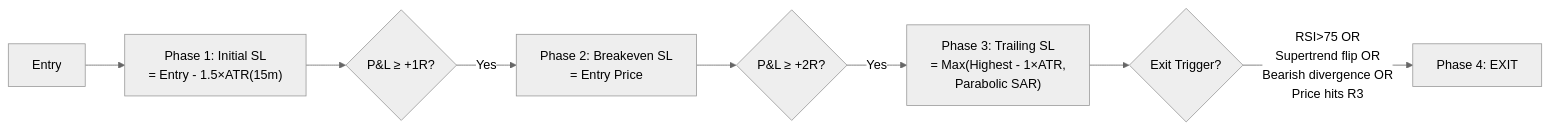
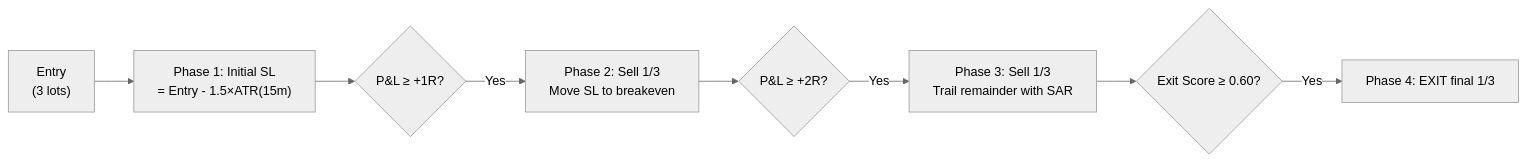
Before and after one commit to DipramitPal/tradesignal-lens: the fourth of 4 diagrams in README.md, drawn with Mermaid (neutral theme). The commit also changed other lines of this file and 3 other files, not shown here.

````diff
--- a/README.md
+++ b/README.md
@@ -407,10 +436,10 @@
 ```mermaid
 graph LR
-    A["Entry"] --> B["Phase 1: Initial SL<br/>= Entry - 1.5×ATR(15m)"]
+    A["Entry<br/>(3 lots)"] --> B["Phase 1: Initial SL<br/>= Entry - 1.5×ATR(15m)"]
     B --> C{"P&L ≥ +1R?"}
-    C -->|Yes| D["Phase 2: Breakeven SL<br/>= Entry Price"]
+    C -->|Yes| D["Phase 2: Sell 1/3<br/>Move SL to breakeven"]
     D --> E{"P&L ≥ +2R?"}
-    E -->|Yes| F["Phase 3: Trailing SL<br/>= Max(Highest - 1×ATR,<br/>Parabolic SAR)"]
-    F --> G{"Exit Trigger?"}
-    G -->|"RSI>75 OR<br/>Supertrend flip OR<br/>Bearish divergence OR<br/>Price hits R3"| H["Phase 4: EXIT"]
+    E -->|Yes| F["Phase 3: Sell 1/3<br/>Trail remainder with SAR"]
+    F --> G{"Exit Score ≥ 0.60?"}
+    G -->|Yes| H["Phase 4: EXIT final 1/3"]
 ```
````
